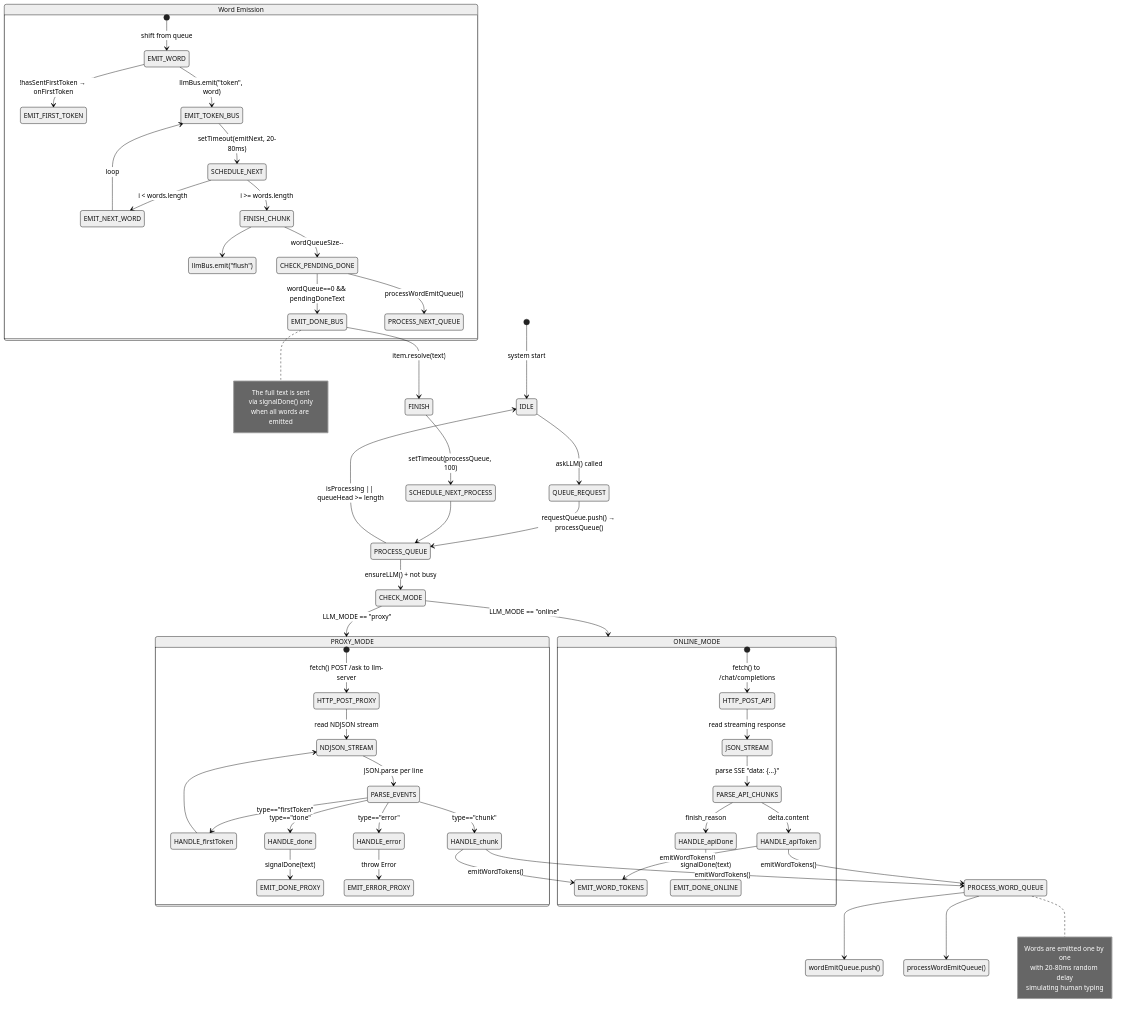
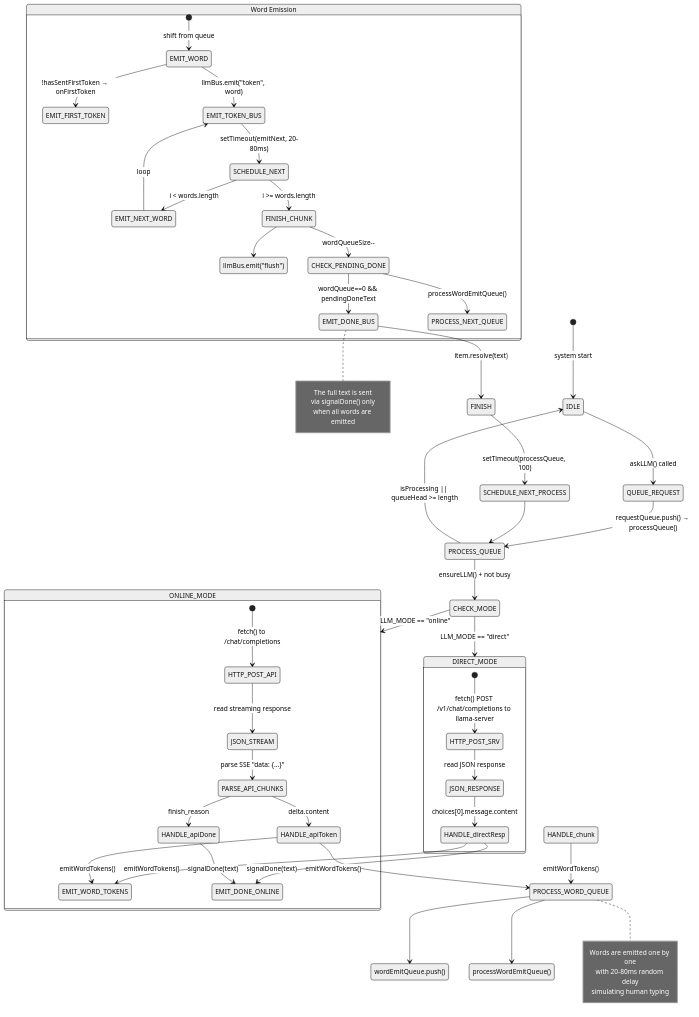
The diagram in state-machines/04-llm-core-queue.mmd (protocol-luna/krystal), drawn with Mermaid (neutral theme) before and after one commit. The commit also changed 41 other files, not shown here.

First line of the commit message:
rename proxy → direct mode, update all docs and diagrams

```diff
--- a/state-machines/04-llm-core-queue.mmd
+++ b/state-machines/04-llm-core-queue.mmd
@@ -1,62 +1,56 @@
 stateDiagram-v2
     [*] --> IDLE: system start
 
     IDLE --> QUEUE_REQUEST: askLLM() called
     QUEUE_REQUEST --> PROCESS_QUEUE: requestQueue.push() → processQueue()
     
     PROCESS_QUEUE --> CHECK_MODE: ensureLLM() + not busy
     PROCESS_QUEUE --> IDLE: isProcessing || queueHead >= length
 
-    CHECK_MODE --> PROXY_MODE: LLM_MODE == "proxy"
+    CHECK_MODE --> DIRECT_MODE: LLM_MODE == "direct"
     CHECK_MODE --> ONLINE_MODE: LLM_MODE == "online"
 
-    state PROXY_MODE {
-        [*] --> HTTP_POST_PROXY: fetch() POST /ask to llm-server
-        HTTP_POST_PROXY --> NDJSON_STREAM: read NDJSON stream
-        NDJSON_STREAM --> PARSE_EVENTS: JSON.parse per line
-        PARSE_EVENTS --> HANDLE_firstToken: type=="firstToken"
-        PARSE_EVENTS --> HANDLE_chunk: type=="chunk"
-        PARSE_EVENTS --> HANDLE_done: type=="done"
-        PARSE_EVENTS --> HANDLE_error: type=="error"
-        HANDLE_firstToken --> NDJSON_STREAM
-        HANDLE_chunk --> EMIT_WORD_TOKENS: emitWordTokens()
-        HANDLE_done --> EMIT_DONE_PROXY: signalDone(text)
-        HANDLE_error --> EMIT_ERROR_PROXY: throw Error
+    state DIRECT_MODE {
+        [*] --> HTTP_POST_SRV: fetch() POST /v1/chat/completions to llama-server
+        HTTP_POST_SRV --> JSON_RESPONSE: read JSON response
+        JSON_RESPONSE --> HANDLE_directResp: choices[0].message.content
+        HANDLE_directResp --> EMIT_WORD_TOKENS: emitWordTokens()
+        HANDLE_directResp --> EMIT_DONE_ONLINE: signalDone(text)
     }
 
     state ONLINE_MODE {
         [*] --> HTTP_POST_API: fetch() to /chat/completions
         HTTP_POST_API --> JSON_STREAM: read streaming response
         JSON_STREAM --> PARSE_API_CHUNKS: parse SSE "data: {...}"
         PARSE_API_CHUNKS --> HANDLE_apiToken: delta.content
         PARSE_API_CHUNKS --> HANDLE_apiDone: finish_reason
         HANDLE_apiToken --> EMIT_WORD_TOKENS: emitWordTokens()
         HANDLE_apiDone --> EMIT_DONE_ONLINE: signalDone(text)
     }
 
     HANDLE_chunk --> PROCESS_WORD_QUEUE: emitWordTokens()
     HANDLE_apiToken --> PROCESS_WORD_QUEUE: emitWordTokens()
     
     PROCESS_WORD_QUEUE --> wordEmitQueue.push()
     PROCESS_WORD_QUEUE --> processWordEmitQueue()
 
     state "Word Emission" as WORD_EMIT {
         [*] --> EMIT_WORD: shift from queue
         EMIT_WORD --> EMIT_FIRST_TOKEN: !hasSentFirstToken → onFirstToken
         EMIT_WORD --> EMIT_TOKEN_BUS: llmBus.emit("token", word)
         EMIT_TOKEN_BUS --> SCHEDULE_NEXT: setTimeout(emitNext, 20-80ms)
         SCHEDULE_NEXT --> EMIT_NEXT_WORD: i < words.length
         EMIT_NEXT_WORD --> EMIT_TOKEN_BUS: loop
         SCHEDULE_NEXT --> FINISH_CHUNK: i >= words.length
         FINISH_CHUNK --> llmBus.emit("flush")
         FINISH_CHUNK --> CHECK_PENDING_DONE: wordQueueSize--
         CHECK_PENDING_DONE --> EMIT_DONE_BUS: wordQueue==0 && pendingDoneText
         CHECK_PENDING_DONE --> PROCESS_NEXT_QUEUE: processWordEmitQueue()
     }
 
     EMIT_DONE_BUS --> FINISH: item.resolve(text)
     FINISH --> SCHEDULE_NEXT_PROCESS: setTimeout(processQueue, 100)
     SCHEDULE_NEXT_PROCESS --> PROCESS_QUEUE
 
     note right of PROCESS_WORD_QUEUE: Words are emitted one by one<br/>with 20-80ms random delay<br/>simulating human typing
     note right of EMIT_DONE_BUS: The full text is sent<br/>via signalDone() only<br/>when all words are emitted
```
